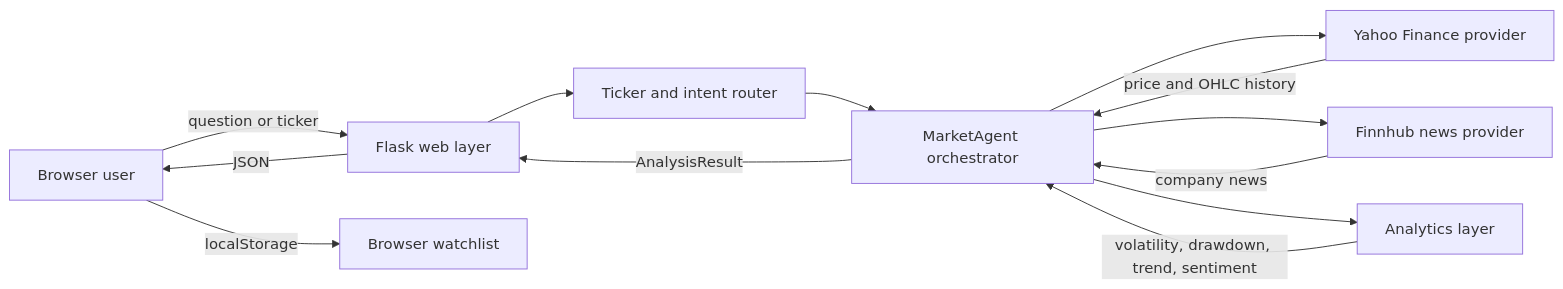
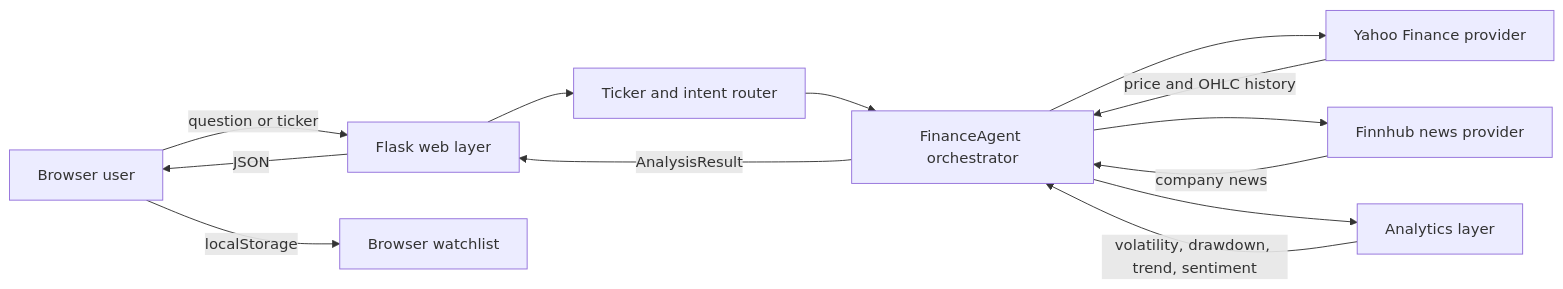
One commit to xs2588-prog/finance-intelligence-agent changed the diagram in docs/ARCHITECTURE.md. Above: the diagram before and after it, drawn with Mermaid. The commit also changed other lines of this file, not shown here.

Commit message:
Rename project to Finance Intelligence Agent

````diff
--- a/docs/ARCHITECTURE.md
+++ b/docs/ARCHITECTURE.md
@@ -8,15 +8,15 @@
 ```mermaid
 flowchart LR
     U["Browser user"] -->|"question or ticker"| W["Flask web layer"]
     W --> R["Ticker and intent router"]
-    R --> A["MarketAgent orchestrator"]
+    R --> A["FinanceAgent orchestrator"]
     A --> Y["Yahoo Finance provider"]
     A --> F["Finnhub news provider"]
     A --> M["Analytics layer"]
     Y -->|"price and OHLC history"| A
     F -->|"company news"| A
     M -->|"volatility, drawdown, trend, sentiment"| A
     A -->|"AnalysisResult"| W
     W -->|"JSON"| U
     U -->|"localStorage"| L["Browser watchlist"]
 ```
````
